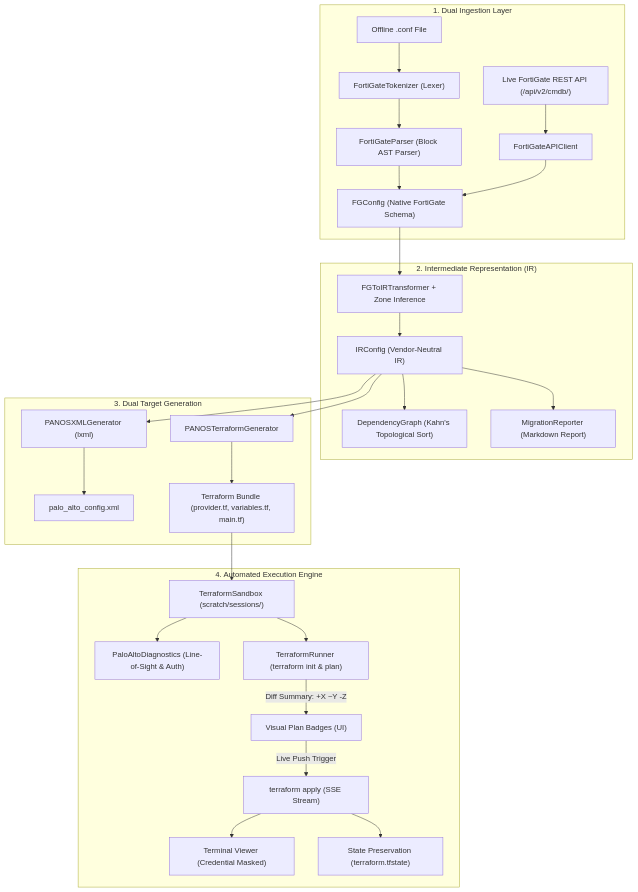
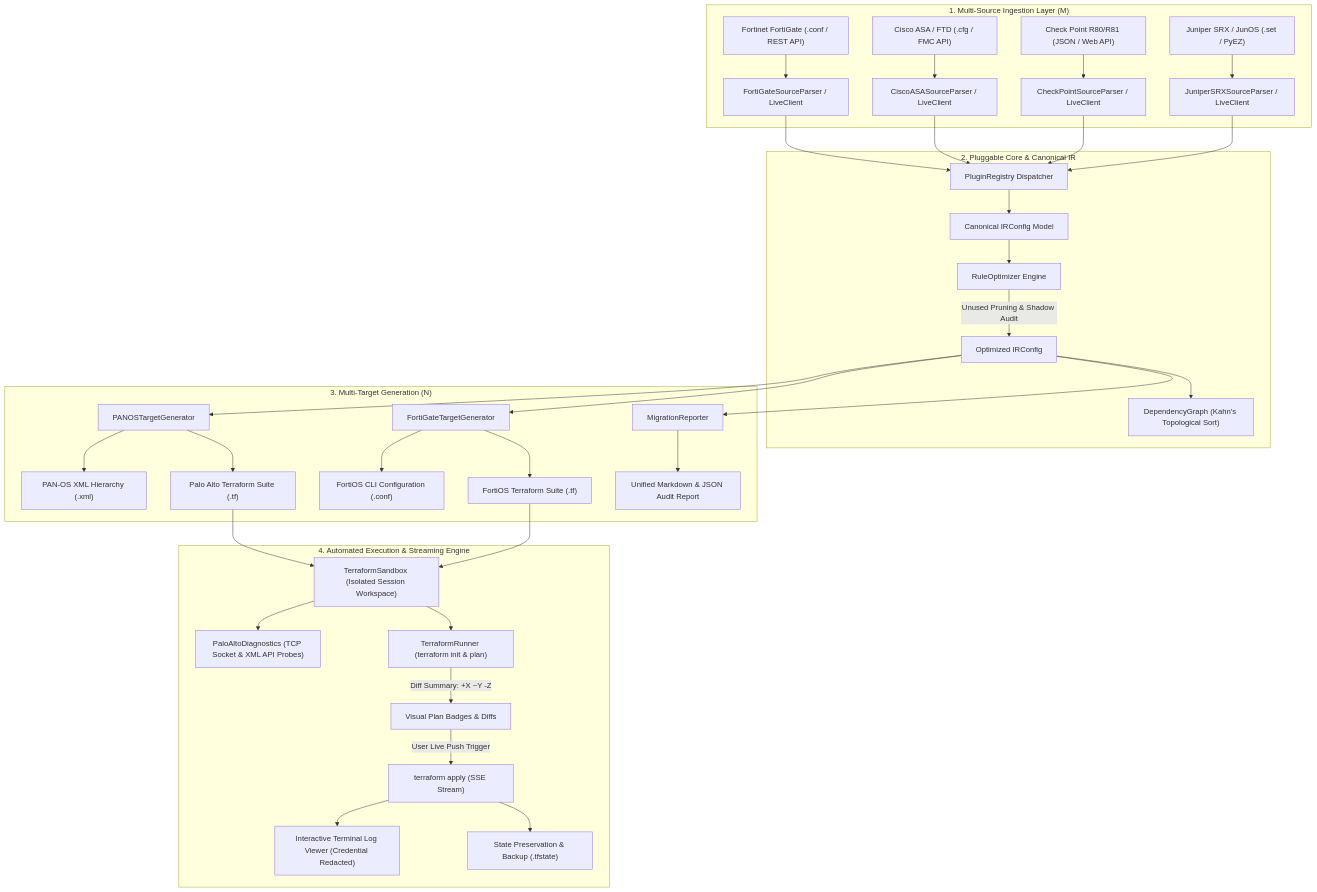
Before and after one commit to chaziyu/firewall-migration-tool: the diagram in Project Detail.md, drawn with Mermaid. The commit also changed other lines of this file and 32 other files, not shown here.

Commit message:
feat: implement PAN-OS parser and multi-vendor generation support with core registry and web interface

````diff
--- a/Project Detail.md
+++ b/Project Detail.md
@@ -81,36 +85,40 @@
 ```mermaid
 flowchart TD
-    subgraph Ingestion["1. Dual Ingestion Layer"]
-        A1["Offline .conf File"] --> B1["FortiGateTokenizer (Lexer)"]
-        B1 --> C1["FortiGateParser (Block AST Parser)"]
-        C1 --> D["FGConfig (Native FortiGate Schema)"]
-        
-        A2["Live FortiGate REST API (/api/v2/cmdb/)"] --> B2["FortiGateAPIClient"]
-        B2 --> D
+    subgraph Ingestion["1. Multi-Source Ingestion Layer (M)"]
+        A1["Fortinet FortiGate (.conf / REST API)"] --> B1["FortiGateSourceParser / LiveClient"]
+        A2["Cisco ASA / FTD (.cfg / FMC API)"] --> B2["CiscoASASourceParser / LiveClient"]
+        A3["Check Point R80/R81 (JSON / Web API)"] --> B3["CheckPointSourceParser / LiveClient"]
+        A4["Juniper SRX / JunOS (.set / PyEZ)"] --> B4["JuniperSRXSourceParser / LiveClient"]
     end
 
-    subgraph Transformation["2. Intermediate Representation (IR)"]
-        D --> E["FGToIRTransformer + Zone Inference"]
-        E --> F["IRConfig (Vendor-Neutral IR)"]
-        F --> G["DependencyGraph (Kahn's Topological Sort)"]
-        F --> H["MigrationReporter (Markdown Report)"]
+    subgraph CoreEngine["2. Pluggable Core & Canonical IR"]
+        B1 & B2 & B3 & B4 --> C["PluginRegistry Dispatcher"]
+        C --> D["Canonical IRConfig Model"]
+        D --> E["RuleOptimizer Engine"]
+        E -->|Unused Pruning & Shadow Audit| D_Opt["Optimized IRConfig"]
+        D_Opt --> F["DependencyGraph (Kahn's Topological Sort)"]
     end
 
-    subgraph Generation["3. Dual Target Generation"]
-        F --> J["PANOSXMLGenerator (lxml)"]
-        J --> K["palo_alto_config.xml"]
+    subgraph TargetGeneration["3. Multi-Target Generation (N)"]
+        D_Opt --> G1["PANOSTargetGenerator"]
+        G1 --> H1["PAN-OS XML Hierarchy (.xml)"]
+        G1 --> H2["Palo Alto Terraform Suite (.tf)"]
         
-        F --> L["PANOSTerraformGenerator"]
-        L --> M["Terraform Bundle (provider.tf, variables.tf, main.tf)"]
+        D_Opt --> G2["FortiGateTargetGenerator"]
+        G2 --> H3["FortiOS CLI Configuration (.conf)"]
+        G2 --> H4["FortiOS Terraform Suite (.tf)"]
+        
+        D_Opt --> G3["MigrationReporter"]
+        G3 --> H5["Unified Markdown & JSON Audit Report"]
     end
 
-    subgraph Execution["4. Automated Execution Engine"]
-        M --> N["TerraformSandbox (scratch/sessions/<id>)"]
-        N --> O["PaloAltoDiagnostics (Line-of-Sight & Auth)"]
-        N --> P["TerraformRunner (terraform init & plan)"]
-        P -->|Diff Summary: +X ~Y -Z| Q["Visual Plan Badges (UI)"]
-        Q -->|Live Push Trigger| R["terraform apply (SSE Stream)"]
-        R --> S["Terminal Viewer (Credential Masked)"]
-        R --> T["State Preservation (terraform.tfstate)"]
+    subgraph Execution["4. Automated Execution & Streaming Engine"]
+        H2 & H4 --> I["TerraformSandbox (Isolated Session Workspace)"]
+        I --> J["PaloAltoDiagnostics (TCP Socket & XML API Probes)"]
+        I --> K["TerraformRunner (terraform init & plan)"]
+        K -->|Diff Summary: +X ~Y -Z| L["Visual Plan Badges & Diffs"]
+        L -->|User Live Push Trigger| M["terraform apply (SSE Stream)"]
+        M --> N["Interactive Terminal Log Viewer (Credential Redacted)"]
+        M --> O["State Preservation & Backup (.tfstate)"]
     end
 ```
````
